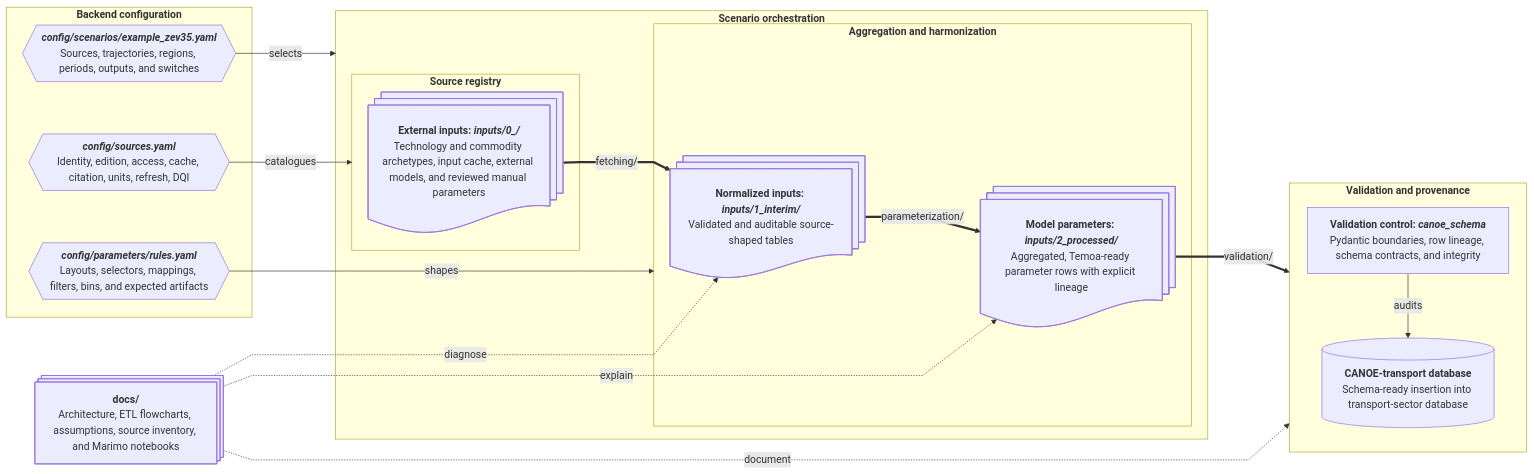
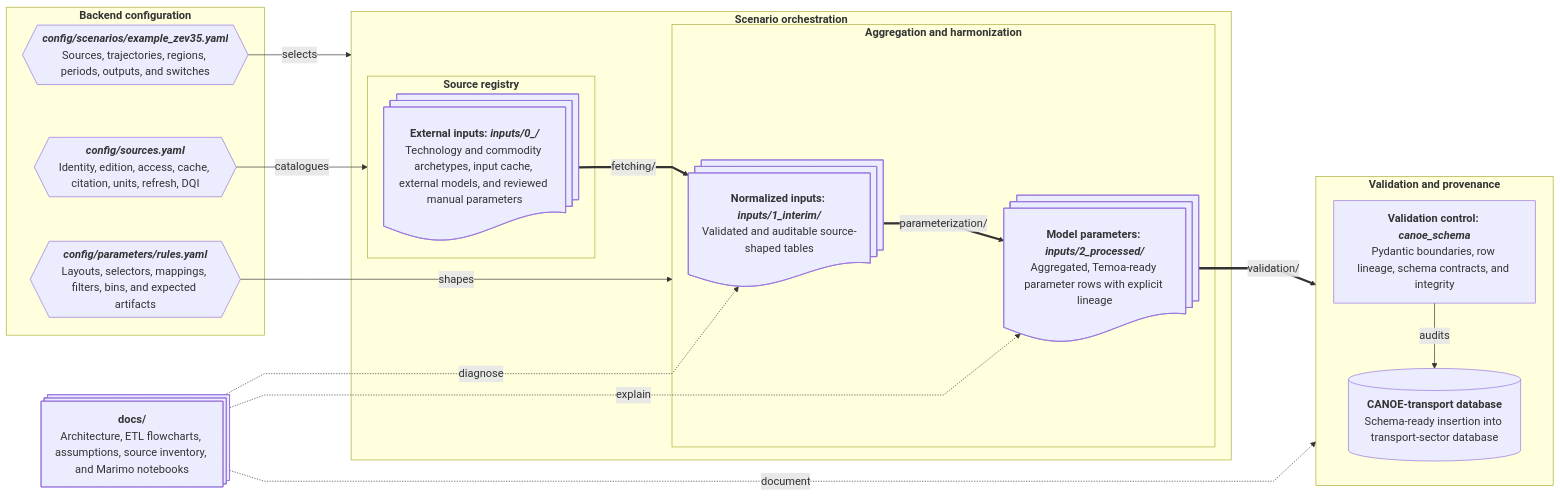
The diagram in docs/executive_summary.md (CANOE-main/canoe-transportation), drawn with Mermaid before and after one commit. The commit also changed 56 other files, not shown here.

````diff
--- a/docs/executive_summary.md
+++ b/docs/executive_summary.md
@@ -19,45 +19,47 @@
 ```mermaid
 ---
 config:
   layout: dagre
   flowchart:
     nodeSpacing: 35
     rankSpacing: 50
     wrappingWidth: 250
     curve: linear
+  themeVariables:
+    fontSize: 17px
 ---
 flowchart LR
   subgraph CONTROL["`**Backend configuration**`"]
       scen_yaml@{shape: hex, label: "***config/scenarios/example_zev35.yaml***<br>Sources, trajectories, regions, periods, outputs, and switches"}
       source_yaml@{shape: hex, label: "***config/sources.yaml***<br>Identity, edition, access, cache, citation, units, refresh, DQI"}
       rules_yaml@{shape: hex, label: "***config/parameters/rules.yaml***<br>Layouts, selectors, mappings, filters, bins, and expected artifacts"}
   end
   scen_yaml -- selects ---> SCENARIO
   source_yaml -- catalogues --> SOURCES
   rules_yaml -- shapes ---> RULES
 
   subgraph SCENARIO["`**Scenario orchestration**`"]
       subgraph SOURCES["`**Source registry**`"]
             EVIDENCE@{shape: docs, label: "**External inputs: *inputs/0_/***<br>Technology and commodity archetypes, input cache, external models, and reviewed manual parameters"}
       end
       
       subgraph RULES["`**Aggregation and harmonization**`"]
             INTERIM@{shape: docs, label: "**Normalized inputs: *inputs/1_interim/***<br>Validated and auditable source-shaped tables"}
             HARM@{shape: docs, label: "**Model parameters: *inputs/2_processed/***<br>Aggregated, Temoa-ready parameter rows with explicit lineage"}
       end
   end
   
   EVIDENCE == fetching/ ==> INTERIM == parameterization/ ==> HARM == validation/ ==> VALID
 
   subgraph VALID["`**Validation and provenance**`"]
   direction TB
       ASSURE["`**Validation control: *canoe_schema***<br>Pydantic boundaries, row lineage, schema contracts, and integrity`"]
       DB[("`**CANOE-transport database**<br>Schema-ready insertion into transport-sector database`")]
   end
   ASSURE -- audits --> DB
   
   INSIGHTS@{shape: processes, label: "**docs/**<br>Architecture, ETL flowcharts, assumptions, source inventory, and Marimo notebooks"}
   INSIGHTS -. diagnose ..-> INTERIM
   INSIGHTS -. explain ..-> HARM
   INSIGHTS -. document ..-> VALID
 ```
````
